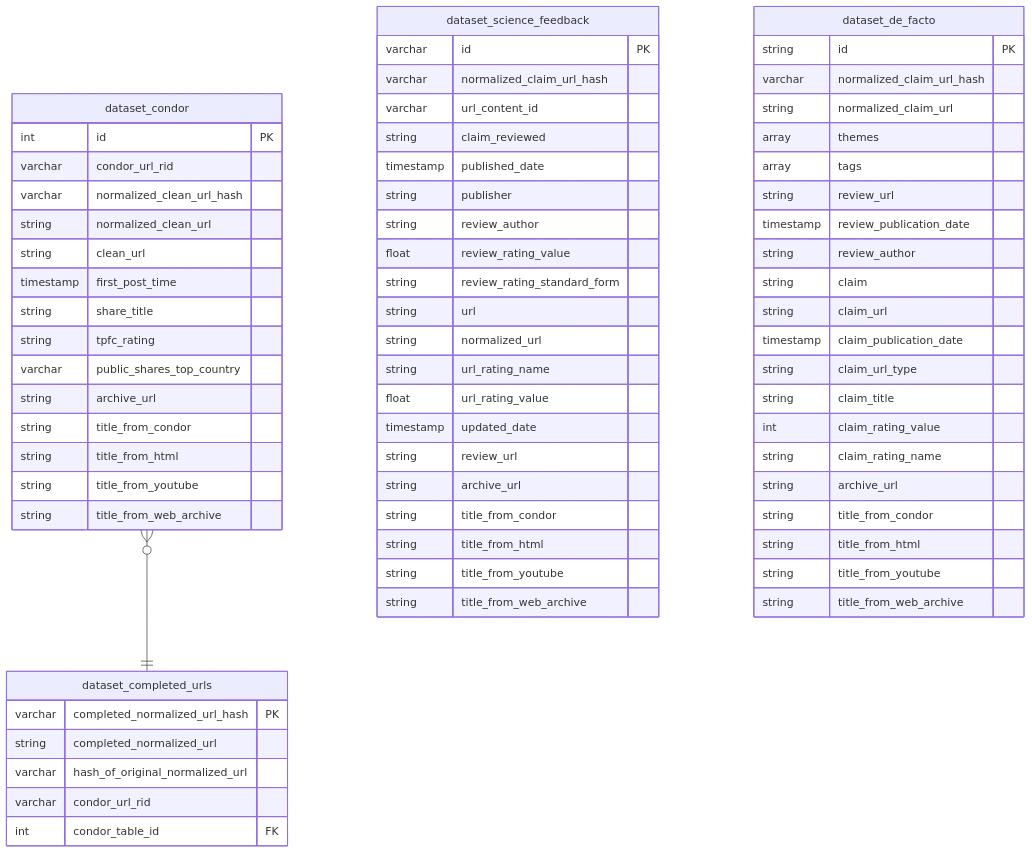
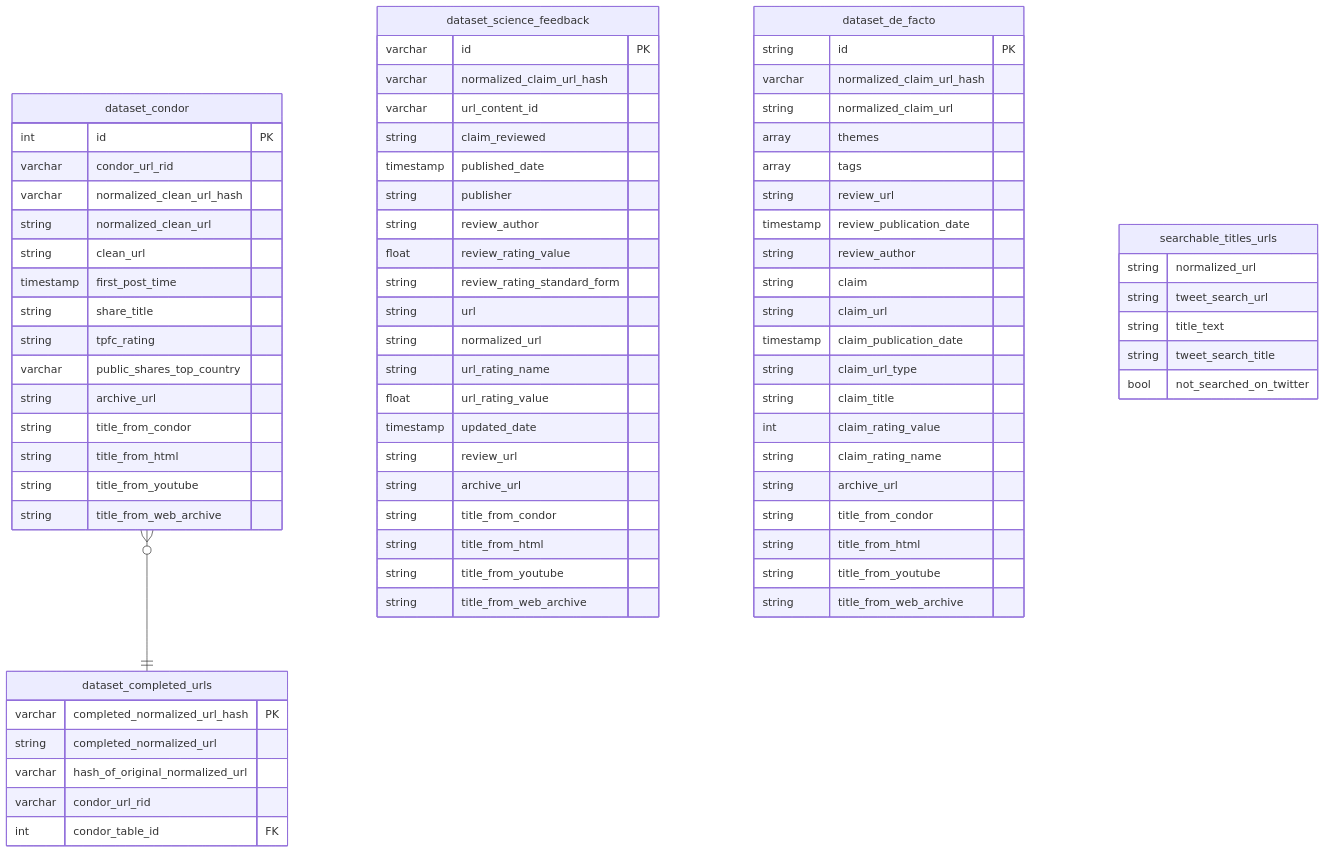
The first of 2 diagrams in src/build-database/README.md (medialab/spsm-database), drawn with Mermaid before and after one commit. The commit also changed other lines of this file and 4 other files, not shown here.

Commit message:
add ingestion for searchable titles urls dataset

````diff
--- a/src/build-database/README.md
+++ b/src/build-database/README.md
@@ -151,4 +161,13 @@
       int condor_table_id FK
    }
 
+  searchable_titles_urls {
+    string normalized_url
+    string tweet_search_url
+    string title_text
+    string tweet_search_title
+    bool not_searched_on_twitter
+
+  }
+
 ```
````
